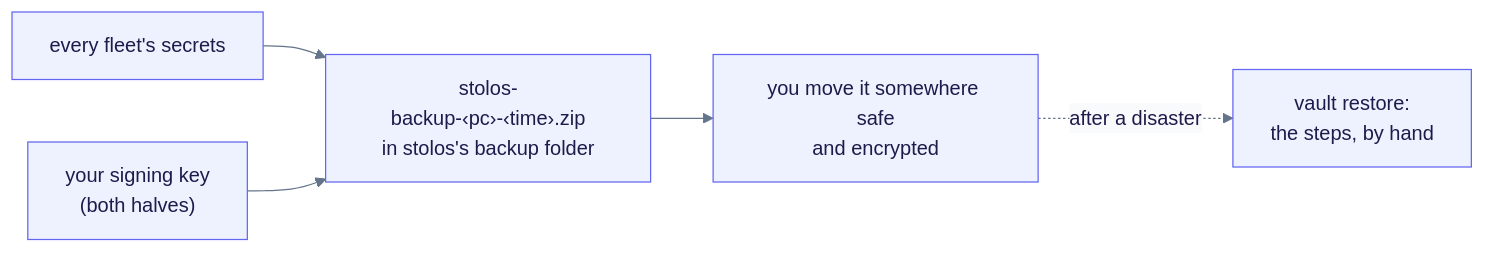
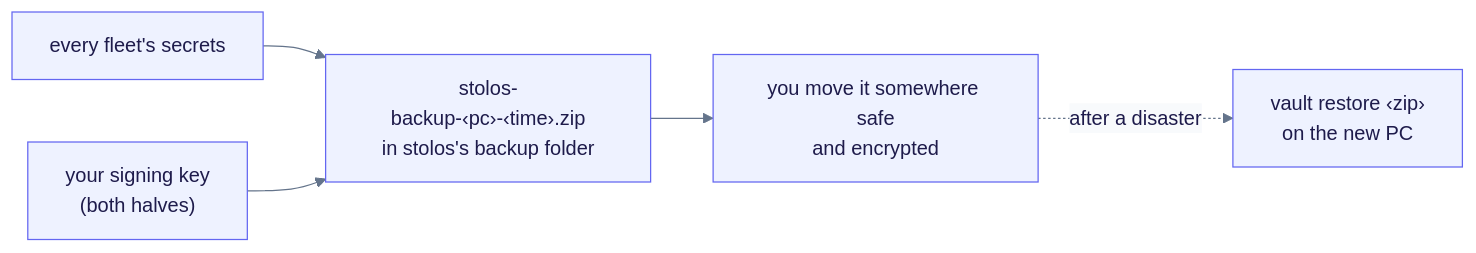
Before and after one commit to intellectual-frontiers/stolos: the diagram in docs/boot-machine.md, drawn with Mermaid. The commit also changed other lines of this file and 13 other files, not shown here.

First line of the commit message:
061-vault-restore: one command makes a fresh PC the boot machine from a backup ZIP

````diff
--- a/docs/boot-machine.md
+++ b/docs/boot-machine.md
@@ -207,17 +207,17 @@
 ```mermaid
 ---
 config:
   theme: base
   themeVariables:
     primaryColor: "#EEF2FF"
     primaryBorderColor: "#6366F1"
     primaryTextColor: "#1E1B4B"
     lineColor: "#64748B"
     edgeLabelBackground: "#F8FAFC"
 ---
 flowchart LR
   s["every fleet's secrets"] --> z["stolos-backup-‹pc›-‹time›.zip<br/>in stolos's backup folder"]
   k["your signing key<br/>(both halves)"] --> z
   z --> y["you move it somewhere safe<br/>and encrypted"]
-  y -. "after a disaster" .-> r["vault restore:<br/>the steps, by hand"]
+  y -. "after a disaster" .-> r["vault restore ‹zip›<br/>on the new PC"]
 ```
````
